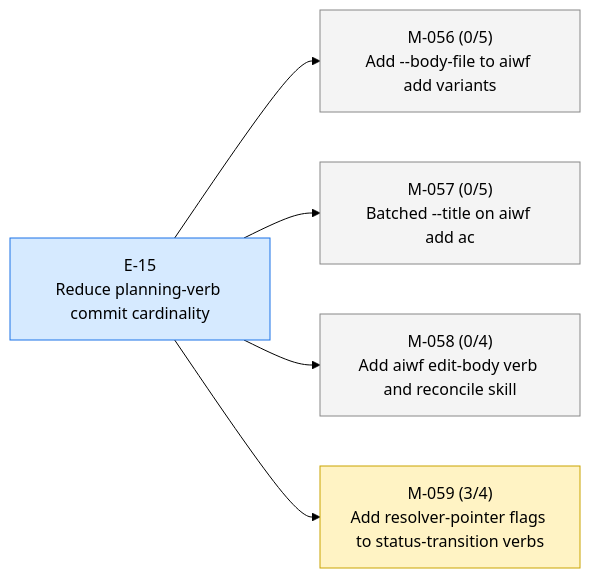
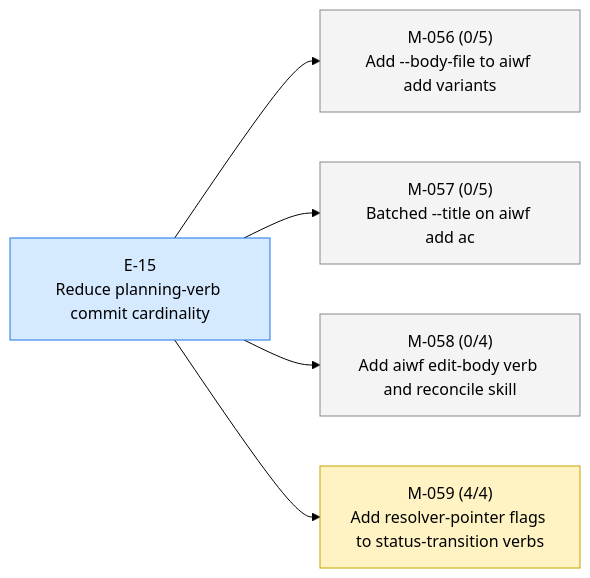
Before and after one commit to 23min/aiwf: the first of 3 diagrams in STATUS.md, drawn with Mermaid (forest theme). The commit also changed other lines of this file and 1 other file, not shown here.

````diff
--- a/STATUS.md
+++ b/STATUS.md
@@ -14,18 +14,18 @@
 ```mermaid
 flowchart LR
   E_15["E-15<br/>Reduce planning-verb commit cardinality"]:::epic_active
   M_056["M-056 (0/5)<br/>Add --body-file to aiwf add variants"]:::ms_draft
   E_15 --> M_056
   M_057["M-057 (0/5)<br/>Batched --title on aiwf add ac"]:::ms_draft
   E_15 --> M_057
   M_058["M-058 (0/4)<br/>Add aiwf edit-body verb and reconcile skill"]:::ms_draft
   E_15 --> M_058
-  M_059["M-059 (3/4)<br/>Add resolver-pointer flags to status-transition verbs"]:::ms_in_progress
+  M_059["M-059 (4/4)<br/>Add resolver-pointer flags to status-transition verbs"]:::ms_in_progress
   E_15 --> M_059
   classDef epic_active fill:#d6eaff,stroke:#1a73e8,color:#000
   classDef epic_proposed fill:#f4f4f4,stroke:#888,color:#000
   classDef ms_done fill:#d8f5d8,stroke:#2a8a2a,color:#000
   classDef ms_in_progress fill:#fff3c4,stroke:#caa400,color:#000
   classDef ms_draft fill:#f4f4f4,stroke:#888,color:#000
   classDef ms_cancelled fill:#fbeaea,stroke:#c33,color:#000
 ```
````
